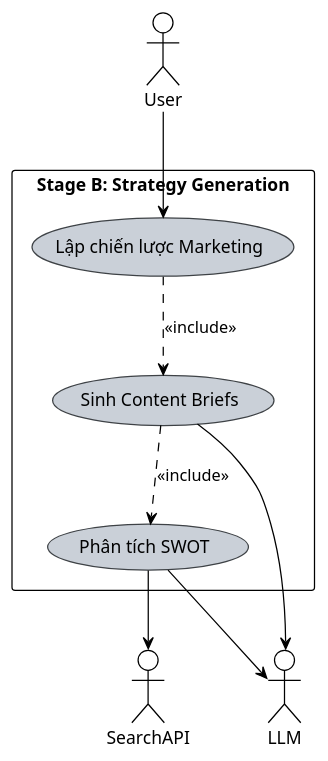
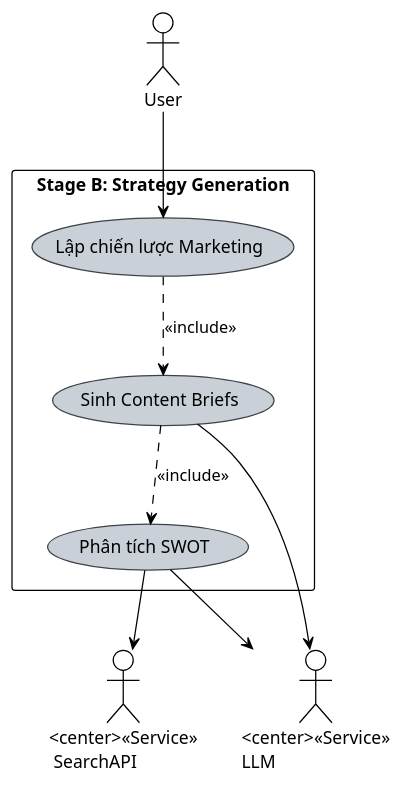
Before and after one commit to vien10022003/MarketMind-AI: the third of 3 diagrams in diagram.md, drawn with PlantUML. The commit also changed other lines of this file and 2 other files, not shown here.

```diff
--- a/diagram.md
+++ b/diagram.md
@@ -35,20 +93,20 @@
 @startuml UseCase_StageB
 !theme plain
 skinparam usecaseBackgroundColor #CAD0D8
 skinparam usecaseBorderColor #3E4246
 
 actor User as U
-actor LLM as AI
-actor SearchAPI as T
+actor "<center><<Service>>\nLLM" as AI
+actor "<center><<Service>>\n SearchAPI" as T
 rectangle "Stage B: Strategy Generation" {
     usecase UC14 as "Lập chiến lược Marketing"
     usecase UC20 as "Sinh Content Briefs"
     usecase UC15 as "Phân tích SWOT"
 }
 U --> UC14
 UC14 ..> UC20 : <<include>>
 UC20 ..> UC15 : <<include>>
 UC15 --> AI
 UC20 --> AI
 UC15 --> T
 @enduml
```
